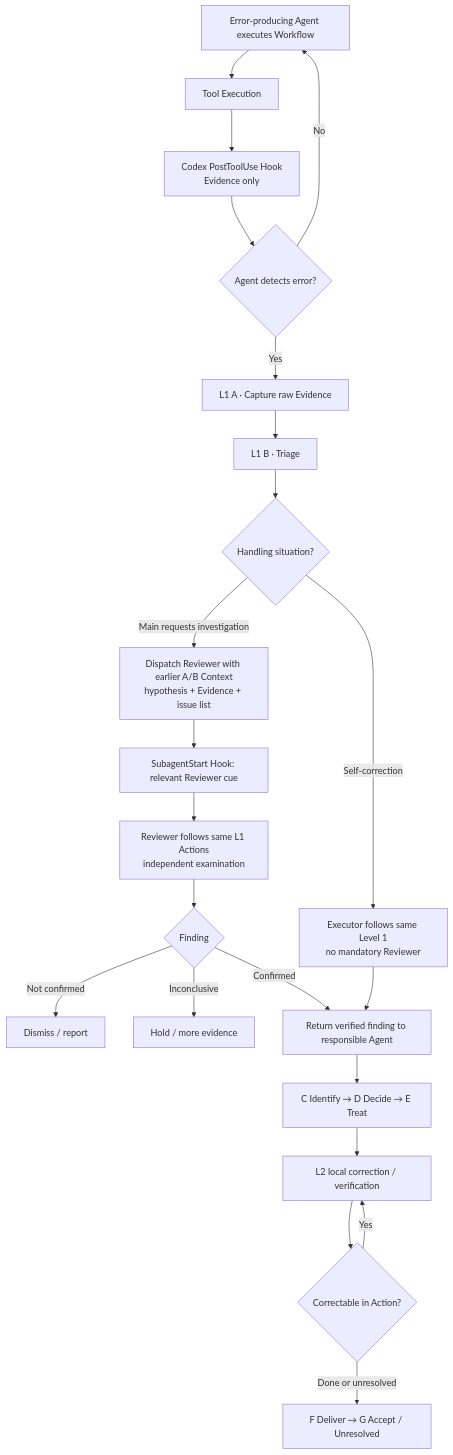
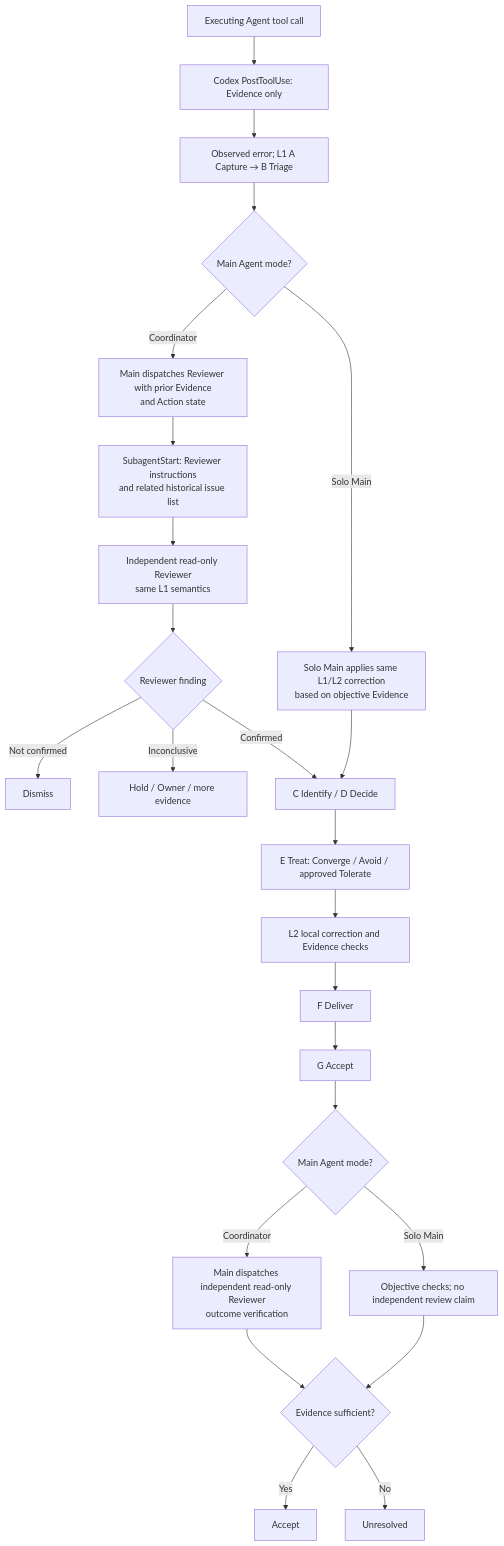
One commit to dyphn1/Harness-everything changed the second of 3 diagrams in docs/discussions/error-hook-framework/codex.md. Above: the diagram before and after it, drawn with Mermaid. The commit also changed other lines of this file, not shown here.

Commit message:
docs(hooks): Codex coordinator mandatory read-only reviewer and G verification (#439)

````diff
--- a/docs/discussions/error-hook-framework/codex.md
+++ b/docs/discussions/error-hook-framework/codex.md
@@ -57,24 +64,26 @@
 ```mermaid
 flowchart TD
-  EX["Error-producing Agent executes Workflow"] --> TOOL["Tool Execution"]
-  TOOL --> HOOK["Codex PostToolUse Hook<br/>Evidence only"]
-  HOOK --> OBS{"Agent detects error?"}
-  OBS -->|No| EX
-  OBS -->|Yes| CAP["L1 A · Capture raw Evidence"]
-  CAP --> TRI["L1 B · Triage"]
-  TRI --> ROUTE{"Handling situation?"}
-  ROUTE -->|Self-correction| SELF["Executor follows same Level 1<br/>no mandatory Reviewer"]
-  ROUTE -->|Main requests investigation| PACK["Dispatch Reviewer with earlier A/B Context<br/>hypothesis + Evidence + issue list"]
-  PACK --> SUB["SubagentStart Hook: relevant Reviewer cue"]
-  SUB --> RV["Reviewer follows same L1 Actions<br/>independent examination"]
-  RV --> FIND{"Finding"}
-  FIND -->|Not confirmed| DIS["Dismiss / report"]
-  FIND -->|Inconclusive| HOLD["Hold / more evidence"]
-  FIND -->|Confirmed| CONT["Return verified finding to responsible Agent"]
-  SELF --> CONT
-  CONT --> C["C Identify → D Decide → E Treat"]
-  C --> LOCAL["L2 local correction / verification"]
-  LOCAL --> RE{"Correctable in Action?"}
-  RE -->|Yes| LOCAL
-  RE -->|Done or unresolved| FG["F Deliver → G Accept / Unresolved"]
+  TOOL["Executing Agent tool call"] --> HOOK["Codex PostToolUse: Evidence only"]
+  HOOK --> O["Observed error; L1 A Capture → B Triage"]
+  O --> MODE{"Main Agent mode?"}
+  MODE -->|Coordinator| PKT["Main dispatches Reviewer with prior Evidence<br/>and Action state"]
+  MODE -->|Solo Main| SELF["Solo Main applies same L1/L2 correction<br/>based on objective Evidence"]
+  PKT --> SUB["SubagentStart: Reviewer instructions<br/>and related historical issue list"]
+  SUB --> R["Independent read-only Reviewer<br/>same L1 semantics"]
+  R --> FIND{"Reviewer finding"}
+  FIND -->|Not confirmed| DIS["Dismiss"]
+  FIND -->|Inconclusive| HOLD["Hold / Owner / more evidence"]
+  FIND -->|Confirmed| C["C Identify / D Decide"]
+  SELF --> C
+  C --> E["E Treat: Converge / Avoid / approved Tolerate"]
+  E --> LOCAL["L2 local correction and Evidence checks"]
+  LOCAL --> F["F Deliver"]
+  F --> G["G Accept"]
+  G --> AM{"Main Agent mode?"}
+  AM -->|Coordinator| R2["Main dispatches independent read-only Reviewer<br/>outcome verification"]
+  AM -->|Solo Main| OBJ["Objective checks; no independent review claim"]
+  R2 --> END{"Evidence sufficient?"}
+  OBJ --> END
+  END -->|Yes| OK["Accept"]
+  END -->|No| U["Unresolved"]
 ```
````
